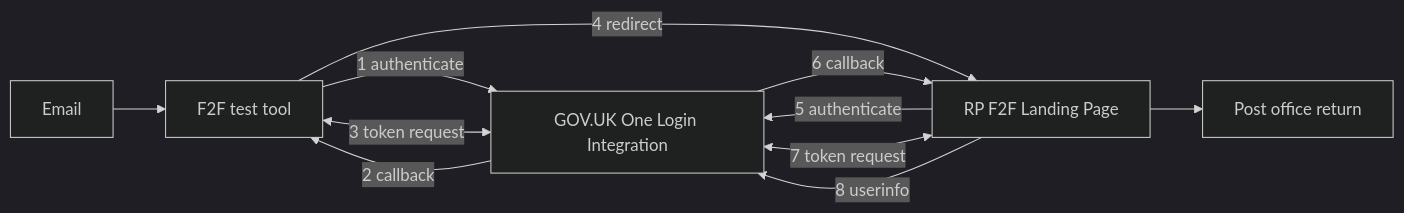
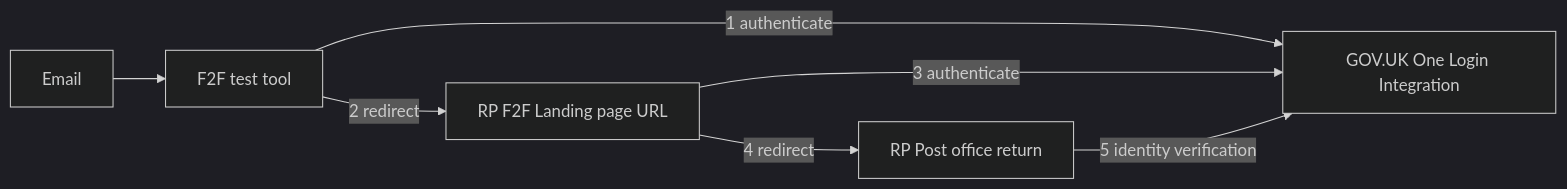
Before and after one commit to govuk-one-login/onboarding-examples: the first of 2 diagrams in tools/f2f-test/README.md, drawn with Mermaid (dark theme). The commit also changed other lines of this file, not shown here.

Commit message:
rework the sequence diagram

````diff
--- a/tools/f2f-test/README.md
+++ b/tools/f2f-test/README.md
@@ -7,15 +7,11 @@
 ```mermaid
 
 flowchart LR
     A[Email] --> B[F2F test tool]
     B --> | 1 authenticate | C[GOV.UK One Login Integration]
-    C --> | 2 callback | B
-    B <--> | 3 token request | C
-    B --> | 4 redirect | D[RP F2F Landing Page]
-    D --> | 5 authenticate | C
-    C --> | 6 callback | D
-    D <--> | 7 token request | C
-    D --> | 8 userinfo | C
-    D --> E[Post office return]
+    B --> | 2 redirect | D[RP F2F Landing page URL]
+    D --> | 3 authenticate | C
+    D --> | 4 redirect | E[ RP Post office return]
+    E --> | 5 identity verification | C
 
 ```
````
